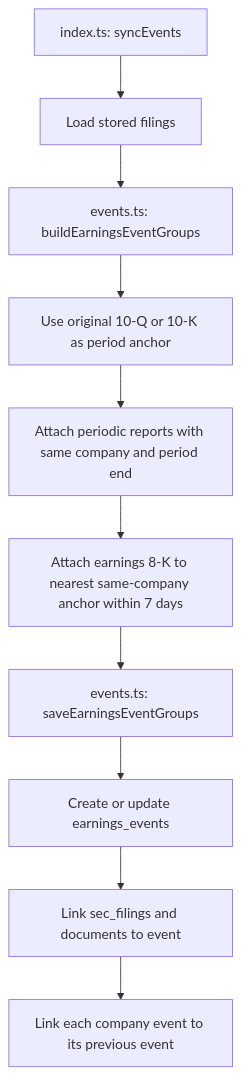
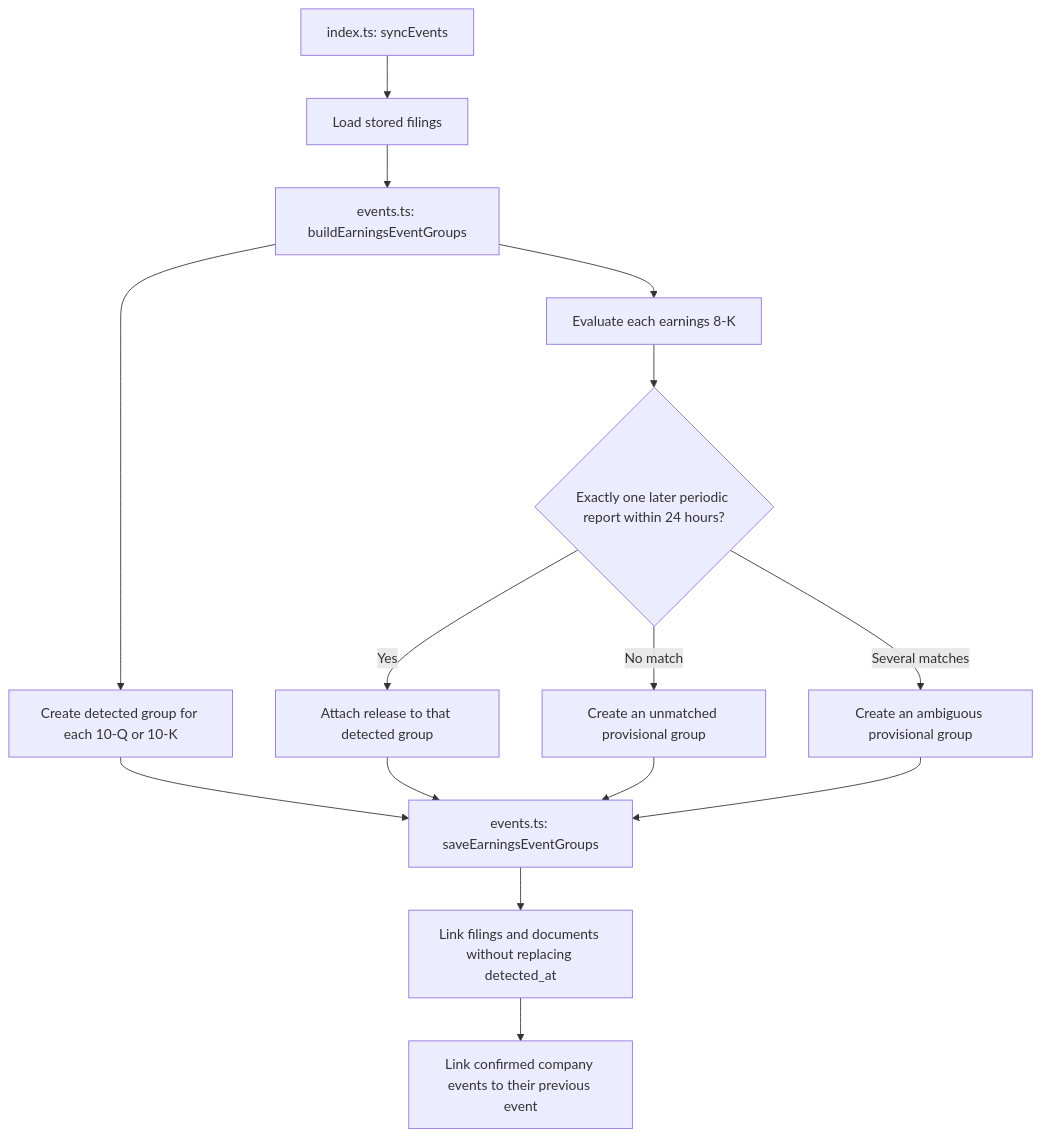
The eighth of 12 diagrams in docs/visual-guide.md (thstamod/chiron-core), drawn with Mermaid before and after one commit. The commit also changed other lines of this file and 9 other files, not shown here.

Commit message:
feat(worker): add provisional earnings events and resilient document storage

````diff
--- a/docs/visual-guide.md
+++ b/docs/visual-guide.md
@@ -202,12 +206,17 @@
 ```mermaid
 flowchart TD
     A[index.ts: syncEvents] --> B[Load stored filings]
     B --> C[events.ts: buildEarningsEventGroups]
-    C --> D[Use original 10-Q or 10-K as period anchor]
-    D --> E[Attach periodic reports with same company and period end]
-    E --> F[Attach earnings 8-K to nearest same-company anchor within 7 days]
-    F --> G[events.ts: saveEarningsEventGroups]
-    G --> H[Create or update earnings_events]
-    H --> I[Link sec_filings and documents to event]
-    I --> J[Link each company event to its previous event]
+    C --> D[Create detected group for each 10-Q or 10-K]
+    C --> E[Evaluate each earnings 8-K]
+    E --> F{Exactly one later periodic report within 24 hours?}
+    F -->|Yes| G[Attach release to that detected group]
+    F -->|No match| H[Create an unmatched provisional group]
+    F -->|Several matches| I[Create an ambiguous provisional group]
+    D --> J[events.ts: saveEarningsEventGroups]
+    G --> J
+    H --> J
+    I --> J
+    J --> K[Link filings and documents without replacing detected_at]
+    K --> L[Link confirmed company events to their previous event]
 ```
````
